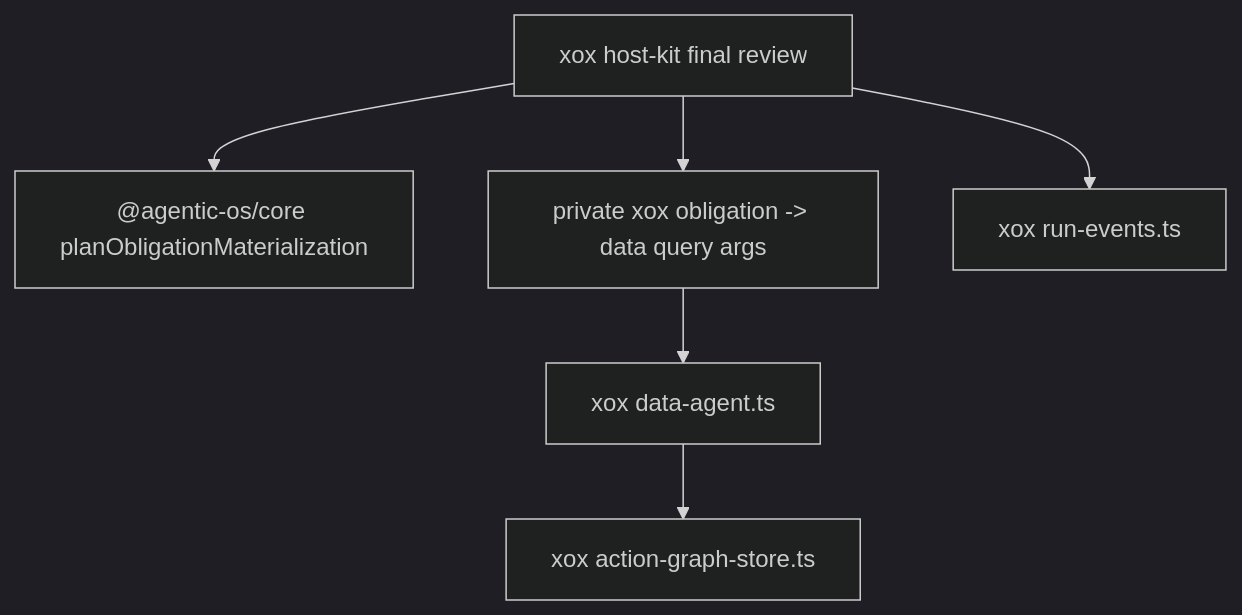
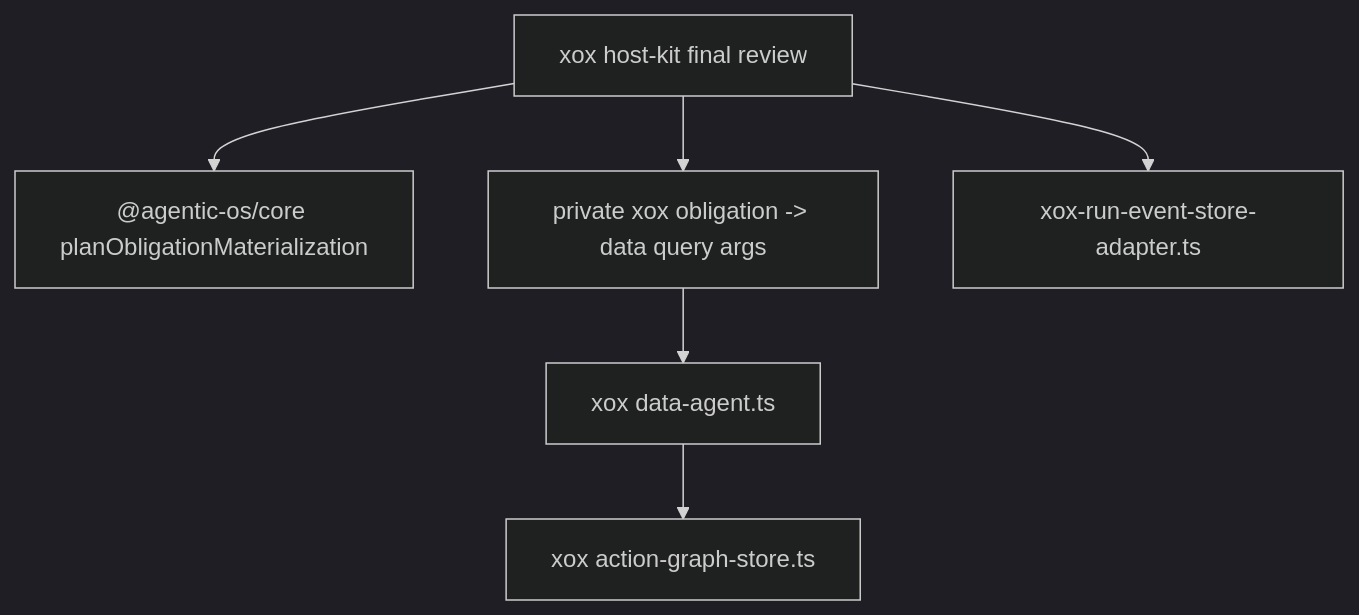
One commit to Suysker/xox-model changed the diagram in docs/agentic-os-integration/m131-delete-obligation-materializer.md. Above: the diagram before and after it, drawn with Mermaid (dark theme). The commit also changed other lines of this file and 22 other files, not shown here.

````diff
--- a/docs/agentic-os-integration/m131-delete-obligation-materializer.md
+++ b/docs/agentic-os-integration/m131-delete-obligation-materializer.md
@@ -34,8 +34,8 @@
 ```mermaid
 flowchart TD
     FinalReview["xox host-kit final review"] --> CorePlan["@agentic-os/core planObligationMaterialization"]
     FinalReview --> XoxSelect["private xox obligation -> data query args"]
     XoxSelect --> DataAgent["xox data-agent.ts"]
     DataAgent --> GraphStore["xox action-graph-store.ts"]
-    FinalReview --> Events["xox run-events.ts"]
+    FinalReview --> Events["xox-run-event-store-adapter.ts"]
 ```
````
